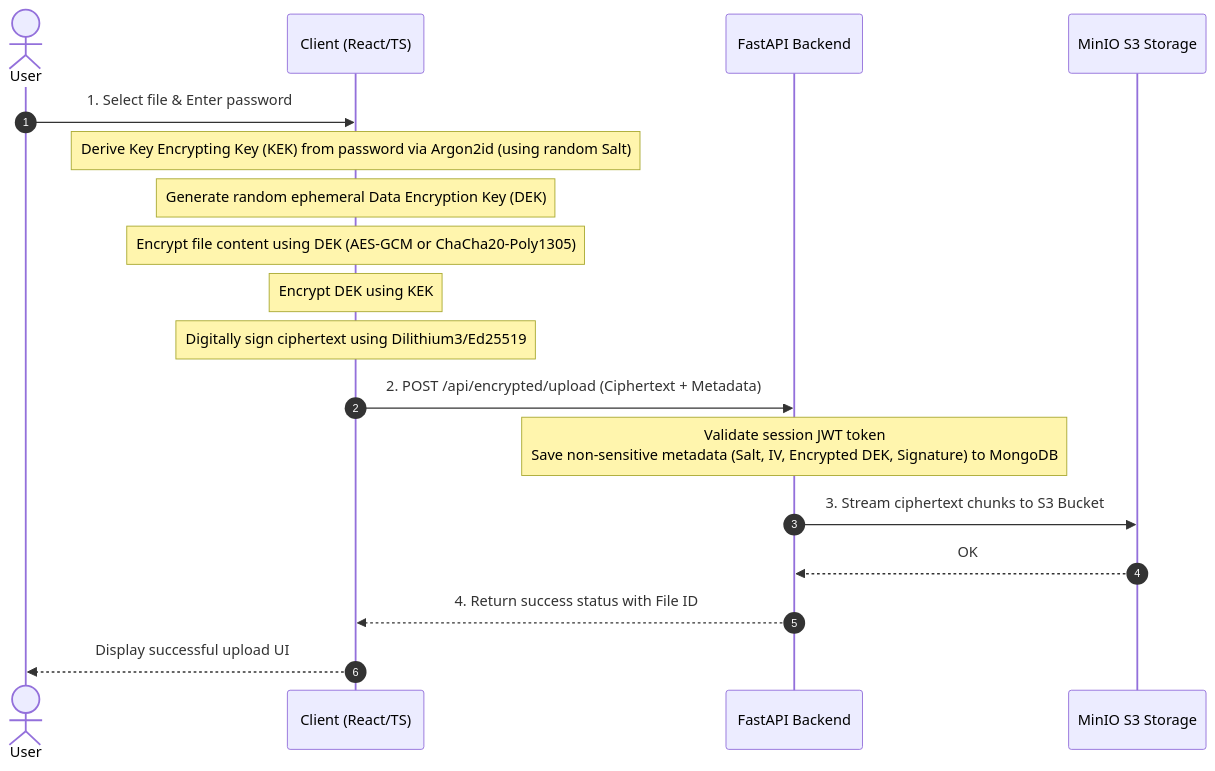
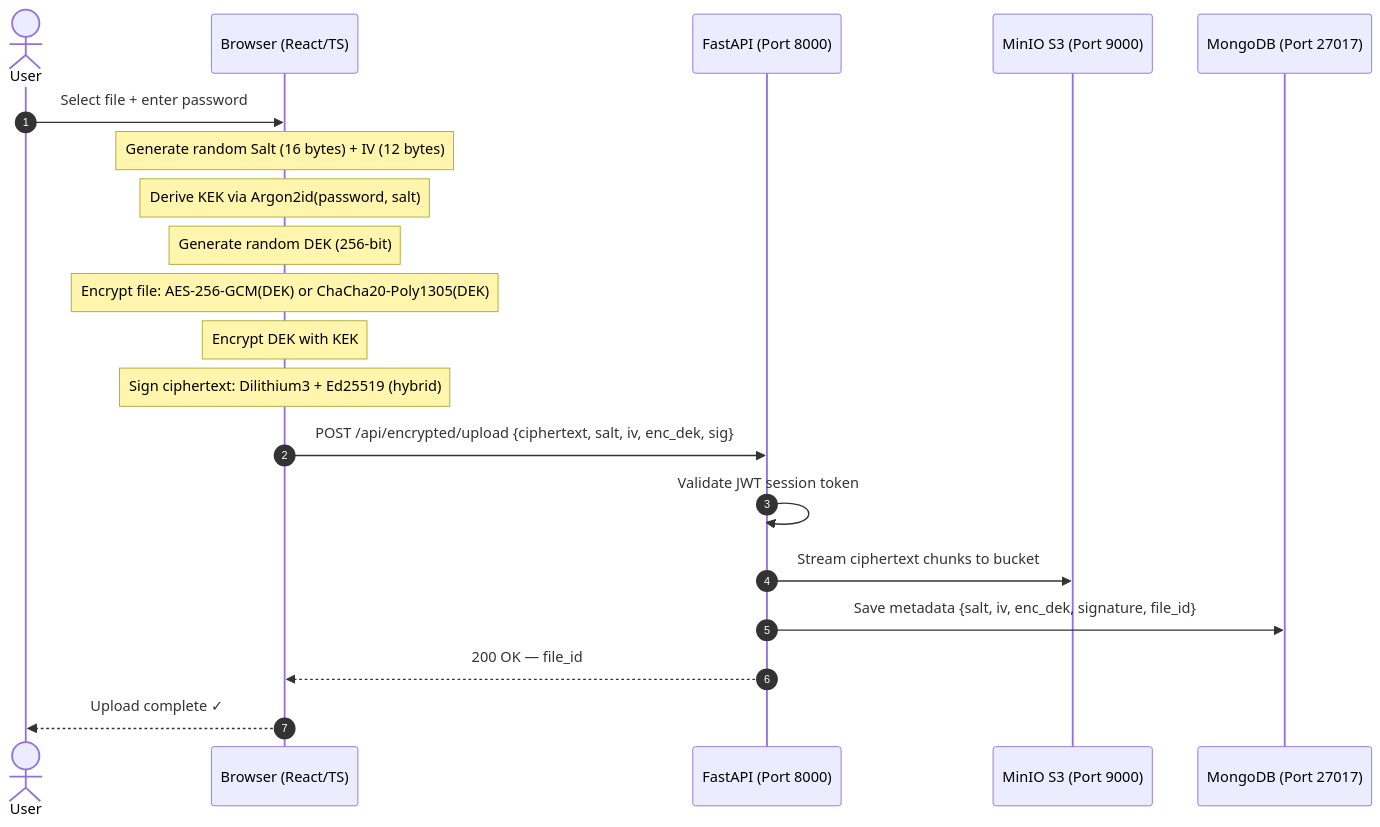
Before and after one commit to pthanhbinh1654/zeroknowledge_encryption: the second of 3 diagrams in README.md, drawn with Mermaid. The commit also changed other lines of this file and 1 other file, not shown here.

````diff
--- a/README.md
+++ b/README.md
@@ -63,21 +87,23 @@
 ```mermaid
 sequenceDiagram
     autonumber
-    actor User as User
-    participant Client as Client (React/TS)
-    participant Backend as FastAPI Backend
-    participant MinIO as MinIO S3 Storage
+    actor User
+    participant Browser as Browser (React/TS)
+    participant API as FastAPI (Port 8000)
+    participant MinIO as MinIO S3 (Port 9000)
+    participant DB as MongoDB (Port 27017)
 
-    User->>Client: 1. Select file & Enter password
-    Note over Client: Derive Key Encrypting Key (KEK) from password via Argon2id (using random Salt)
-    Note over Client: Generate random ephemeral Data Encryption Key (DEK)
-    Note over Client: Encrypt file content using DEK (AES-GCM or ChaCha20-Poly1305)
-    Note over Client: Encrypt DEK using KEK
-    Note over Client: Digitally sign ciphertext using Dilithium3/Ed25519
-    Client->>Backend: 2. POST /api/encrypted/upload (Ciphertext + Metadata)
-    Note over Backend: Validate session JWT token<br/>Save non-sensitive metadata (Salt, IV, Encrypted DEK, Signature) to MongoDB
-    Backend->>MinIO: 3. Stream ciphertext chunks to S3 Bucket
-    MinIO-->>Backend: OK
-    Backend-->>Client: 4. Return success status with File ID
-    Client-->>User: Display successful upload UI
+    User->>Browser: Select file + enter password
+    Note over Browser: Generate random Salt (16 bytes) + IV (12 bytes)
+    Note over Browser: Derive KEK via Argon2id(password, salt)
+    Note over Browser: Generate random DEK (256-bit)
+    Note over Browser: Encrypt file: AES-256-GCM(DEK) or ChaCha20-Poly1305(DEK)
+    Note over Browser: Encrypt DEK with KEK
+    Note over Browser: Sign ciphertext: Dilithium3 + Ed25519 (hybrid)
+    Browser->>API: POST /api/encrypted/upload {ciphertext, salt, iv, enc_dek, sig}
+    API->>API: Validate JWT session token
+    API->>MinIO: Stream ciphertext chunks to bucket
+    API->>DB: Save metadata {salt, iv, enc_dek, signature, file_id}
+    API-->>Browser: 200 OK — file_id
+    Browser-->>User: Upload complete ✓
 ```
````
